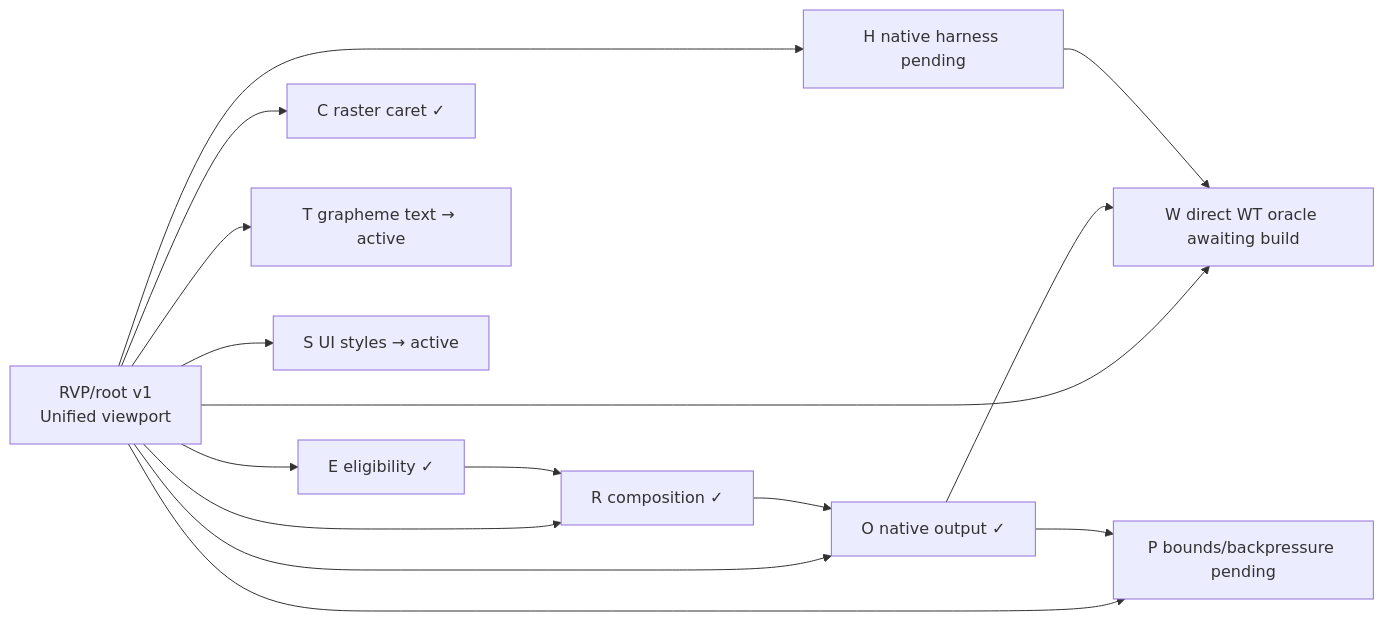
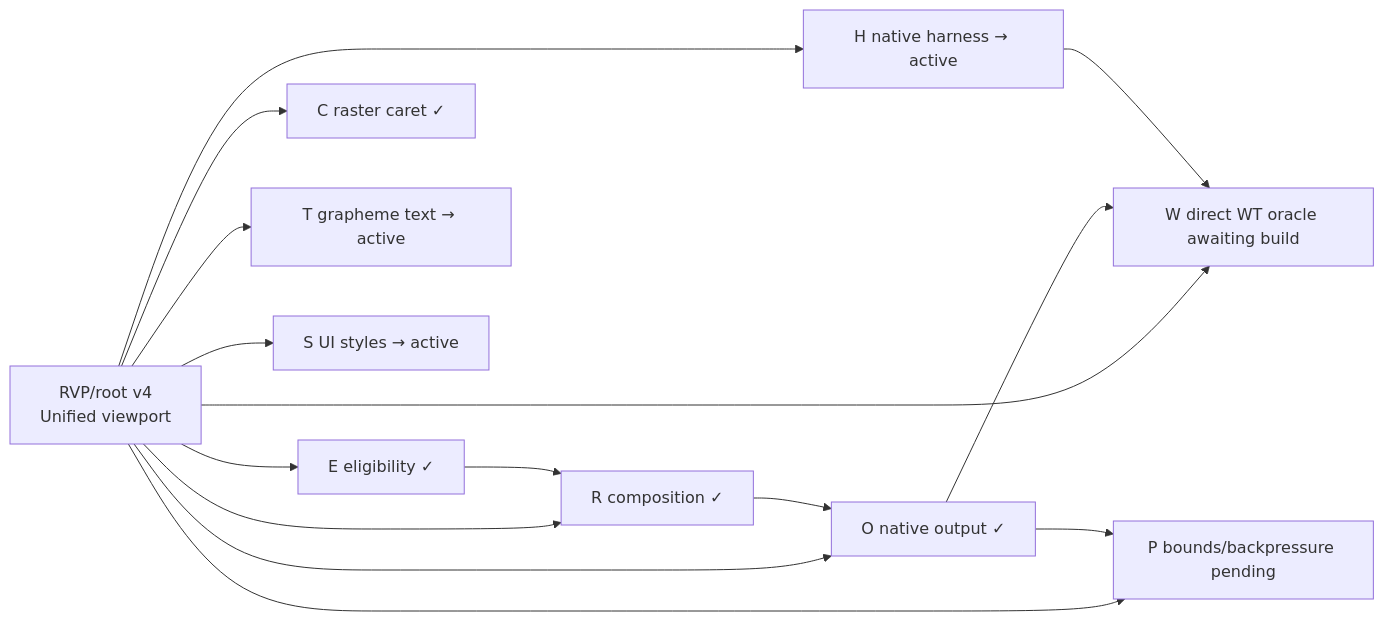
Before and after one commit to AlHeloween/opencode: the diagram in plans/2026-07-29-raster-viewport-renderer.svm.md, drawn with Mermaid. The commit also changed other lines of this file and 2 other files, not shown here.

Commit message:
docs(plan): advance raster viewport svm evidence

````diff
--- a/plans/2026-07-29-raster-viewport-renderer.svm.md
+++ b/plans/2026-07-29-raster-viewport-renderer.svm.md
@@ -36,15 +39,15 @@
 ```mermaid
 flowchart LR
-  G["RVP/root v1\nUnified viewport"] --> E["E eligibility ✓"]
+  G["RVP/root v4\nUnified viewport"] --> E["E eligibility ✓"]
   G --> R["R composition ✓"]
   G --> O["O native output ✓"]
   G --> C["C raster caret ✓"]
   G --> T["T grapheme text → active"]
   G --> S["S UI styles → active"]
-  G --> H["H native harness pending"]
+  G --> H["H native harness → active"]
   G --> W["W direct WT oracle awaiting build"]
   G --> P["P bounds/backpressure pending"]
   E --> R --> O --> W
   O --> P
   H --> W
 ```
````
